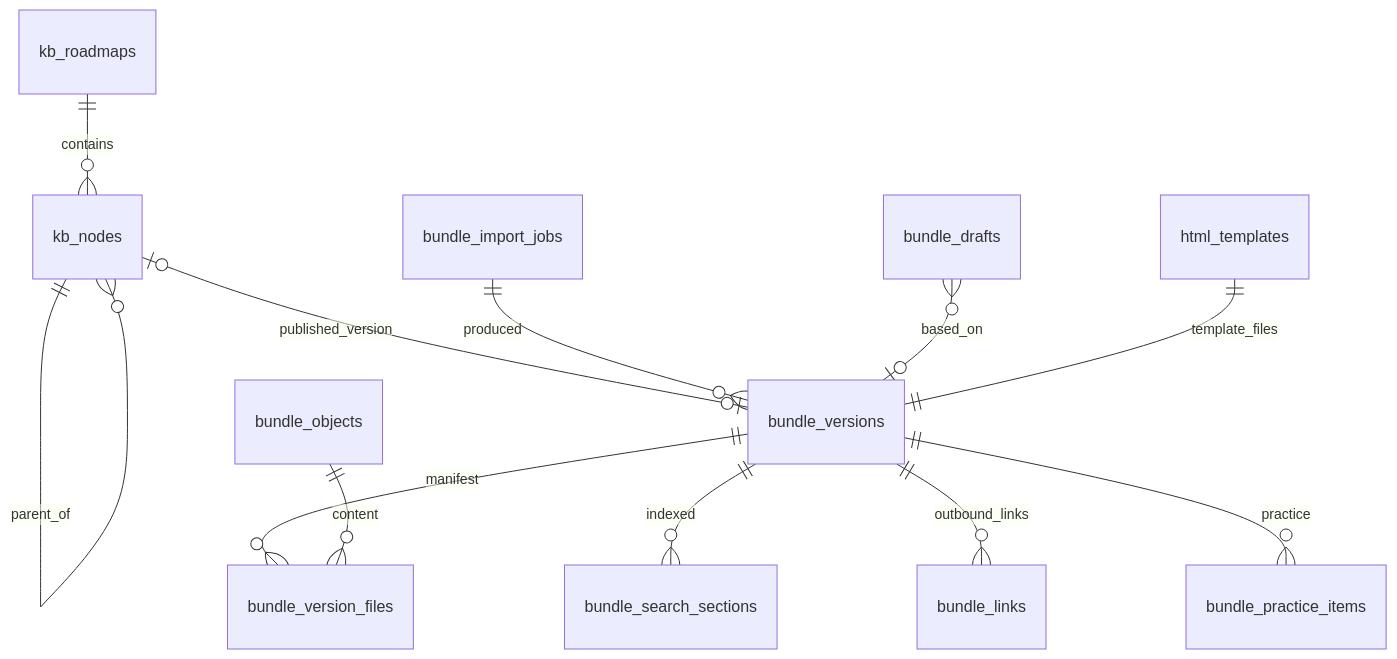
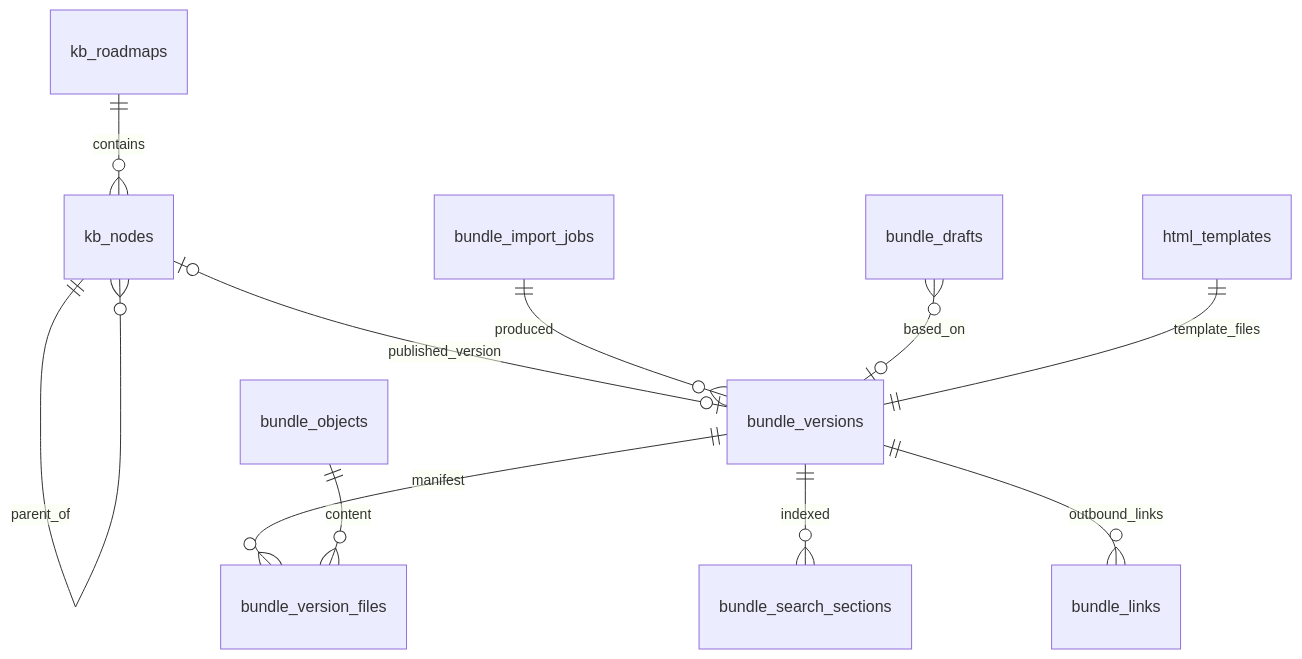
Before and after one commit to eyasir329/portfolio: the fourth of 6 diagrams in docs/07-database-design.md, drawn with Mermaid. The commit also changed other lines of this file and 24 other files, not shown here.

````diff
--- a/docs/07-database-design.md
+++ b/docs/07-database-design.md
@@ -106,14 +104,13 @@
 ```mermaid
 erDiagram
   kb_roadmaps ||--o{ kb_nodes : contains
   kb_nodes ||--o{ kb_nodes : parent_of
   kb_nodes |o--o| bundle_versions : published_version
   bundle_versions ||--o{ bundle_version_files : manifest
   bundle_objects ||--o{ bundle_version_files : content
   bundle_versions ||--o{ bundle_search_sections : indexed
   bundle_versions ||--o{ bundle_links : outbound_links
-  bundle_versions ||--o{ bundle_practice_items : practice
   bundle_import_jobs ||--o{ bundle_versions : produced
   bundle_drafts }o--o| bundle_versions : based_on
   html_templates ||--|| bundle_versions : template_files
 ```
````
